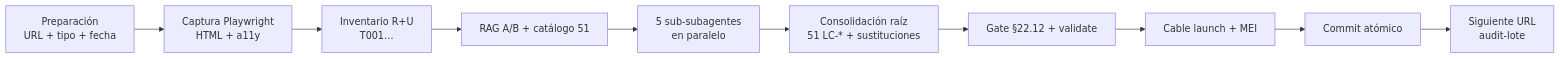
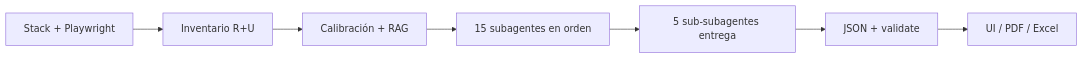
Before and after one commit to Fernandodesign96/lc-inapi.app: the second of 2 diagrams in .claude/diagrams/workflow_diagram.md, drawn with Mermaid. The commit also changed other lines of this file and 40 other files, not shown here.

````diff
--- a/.claude/diagrams/workflow_diagram.md
+++ b/.claude/diagrams/workflow_diagram.md
@@ -92,12 +50,9 @@
 ```mermaid
 flowchart LR
-  A[Preparación<br/>URL + tipo + fecha] --> B[Captura Playwright<br/>HTML + a11y]
-  B --> C[Inventario R+U<br/>T001…]
-  C --> D[RAG A/B + catálogo 51]
-  D --> E[5 sub-subagentes<br/>en paralelo]
-  E --> F[Consolidación raíz<br/>51 LC-* + sustituciones]
-  F --> G[Gate §22.12 + validate]
-  G --> H[Cable launch + MEI]
-  H --> I[Commit atómico]
-  I --> J[Siguiente URL<br/>audit-lote]
+  A[Stack + Playwright] --> B[Inventario R+U]
+  B --> C[Calibración + RAG]
+  C --> D[15 subagentes en orden]
+  D --> E[5 sub-subagentes entrega]
+  E --> F[JSON + validate]
+  F --> G[UI / PDF / Excel]
 ```
````
